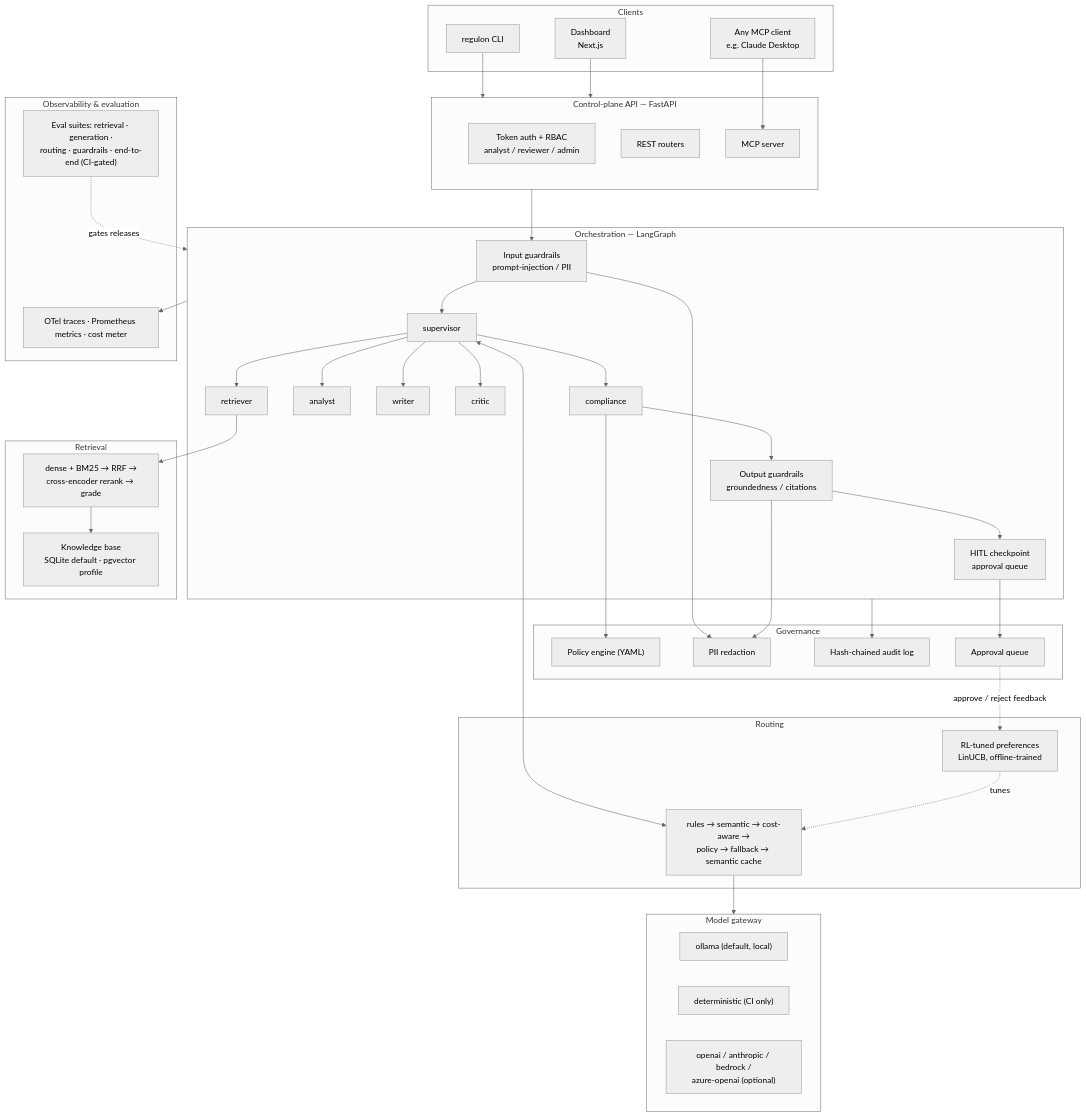
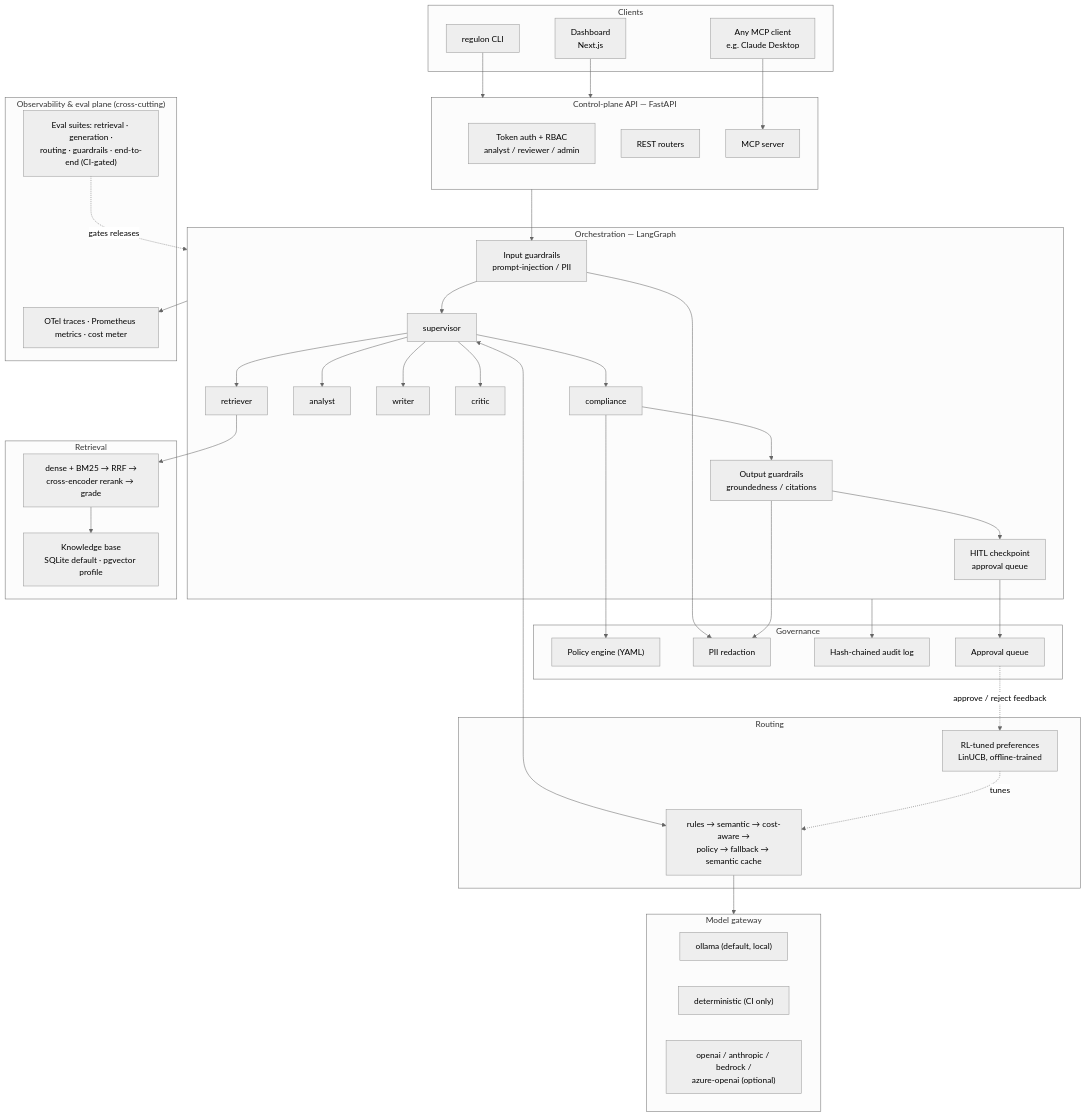
The first of 2 diagrams in README.md (shakehasan/regulon), drawn with Mermaid (neutral theme) before and after one commit. The commit also changed other lines of this file and 5 other files, not shown here.

Commit message:
docs: cross-cutting observability plane in diagram; expand README, AGENTS.md; state community mission in PLAN.md

````diff
--- a/README.md
+++ b/README.md
@@ -40,72 +103,72 @@
 ```mermaid
 flowchart TB
     subgraph clients["Clients"]
         CLI["regulon CLI"]
         DASH["Dashboard<br/>Next.js"]
         MCPC["Any MCP client<br/>e.g. Claude Desktop"]
     end
 
     subgraph api["Control-plane API — FastAPI"]
         AUTH["Token auth + RBAC<br/>analyst / reviewer / admin"]
         REST["REST routers"]
         MCPS["MCP server"]
     end
 
     subgraph orch["Orchestration — LangGraph"]
         GIN["Input guardrails<br/>prompt-injection / PII"]
         SUP["supervisor"]
         RETA["retriever"]
         ANA["analyst"]
         WRI["writer"]
         CRI["critic"]
         COM["compliance"]
         GOUT["Output guardrails<br/>groundedness / citations"]
         HITL["HITL checkpoint<br/>approval queue"]
     end
 
     subgraph routing["Routing"]
         ROUTE["rules → semantic → cost-aware →<br/>policy → fallback → semantic cache"]
         RL["RL-tuned preferences<br/>LinUCB, offline-trained"]
     end
 
     subgraph gateway["Model gateway"]
         OLL["ollama (default, local)"]
         DET["deterministic (CI only)"]
         CLOUD["openai / anthropic / bedrock /<br/>azure-openai (optional)"]
     end
 
     subgraph retrieval["Retrieval"]
         KB["Knowledge base<br/>SQLite default · pgvector profile"]
         HYB["dense + BM25 → RRF →<br/>cross-encoder rerank → grade"]
     end
 
     subgraph gov["Governance"]
         POL["Policy engine (YAML)"]
         RED["PII redaction"]
         AUD["Hash-chained audit log"]
         QUEUE["Approval queue"]
     end
 
-    subgraph obseval["Observability & evaluation"]
+    subgraph obseval["Observability & eval plane (cross-cutting)"]
         OTEL["OTel traces · Prometheus metrics · cost meter"]
         EVAL["Eval suites: retrieval · generation ·<br/>routing · guardrails · end-to-end (CI-gated)"]
     end
 
     CLI --> api
     DASH --> api
     MCPC --> MCPS
     api --> GIN --> SUP
     SUP --> RETA & ANA & WRI & CRI & COM
     COM --> GOUT --> HITL
     SUP <--> ROUTE
     RL -.tunes.-> ROUTE
     ROUTE --> gateway
     RETA --> HYB --> KB
     COM --> POL
     HITL --> QUEUE
     GIN & GOUT --> RED
     orch --> AUD
     QUEUE -. approve / reject feedback .-> RL
     orch --> OTEL
     EVAL -.gates releases.-> orch
 ```
````
